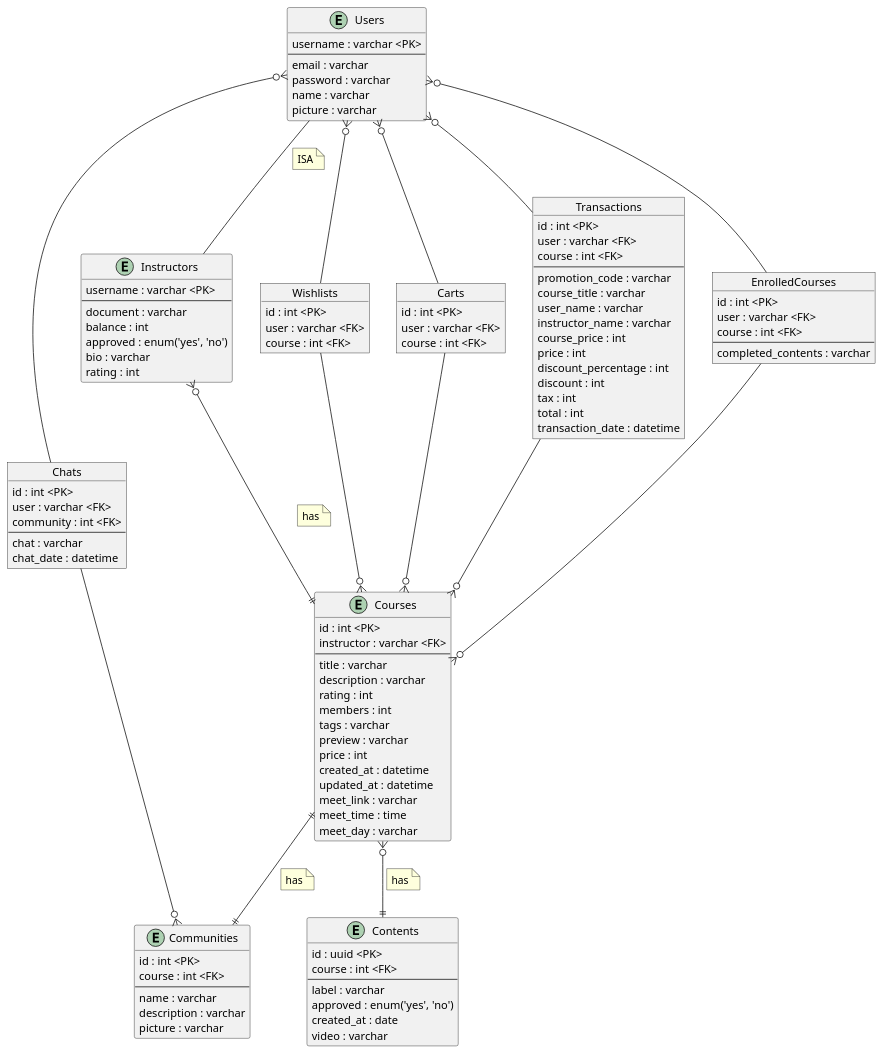
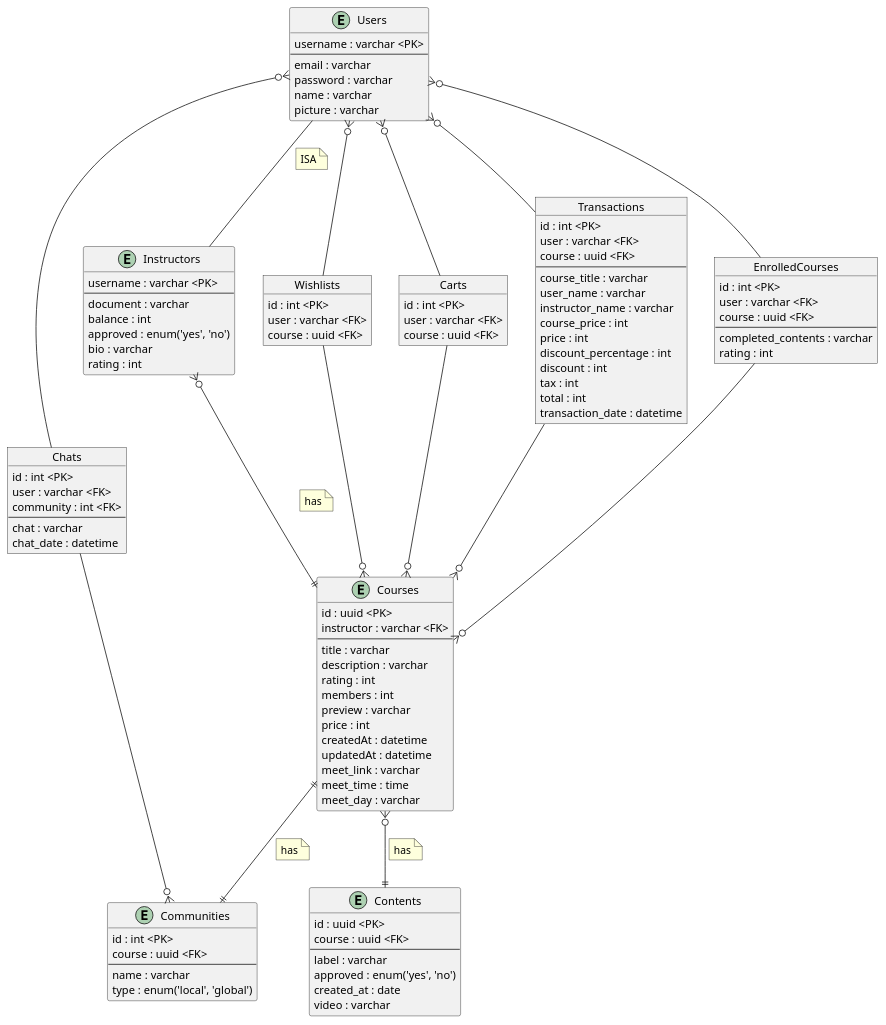
Before and after one commit to iqmalakur/LearNteach: the diagram in docs/diagrams/entity-relationship.puml, drawn with PlantUML. The commit also changed 56 other files, not shown here.

Commit message:
Rating and Learning Page Description

```diff
--- a/docs/diagrams/entity-relationship.puml
+++ b/docs/diagrams/entity-relationship.puml
@@ -1,140 +1,138 @@
 @startuml LearNteach
 entity Users {
     username : varchar <PK>
     --
     email : varchar
     password : varchar
     name : varchar
     picture : varchar
 }
 
 entity Communities {
     id : int <PK>
-    course : int <FK>
+    course : uuid <FK>
     --
     name : varchar
-    description : varchar
-    picture : varchar
+    type : enum('local', 'global')
 }
 
 object Chats {
     id : int <PK>
     user : varchar <FK>
     community : int <FK>
     --
     chat : varchar
     chat_date : datetime
 }
 
 entity Instructors {
     username : varchar <PK>
     --
     document : varchar
     balance : int
     approved : enum('yes', 'no')
     bio : varchar
     rating : int
 }
 
 entity Courses {
-    id : int <PK>
+    id : uuid <PK>
     instructor : varchar <FK>
     --
     title : varchar
     description : varchar
     rating : int
     members : int
-    tags : varchar
     preview : varchar
     price : int
-    created_at : datetime
-    updated_at : datetime
+    createdAt : datetime
+    updatedAt : datetime
     meet_link : varchar
     meet_time : time
     meet_day : varchar
 }
 
 object Wishlists {
     id : int <PK>
     user : varchar <FK>
-    course : int <FK>
+    course : uuid <FK>
 }
 
 object Carts {
     id : int <PK>
     user : varchar <FK>
-    course : int <FK>
+    course : uuid <FK>
 }
 
 object Transactions {
     id : int <PK>
     user : varchar <FK>
-    course : int <FK>
+    course : uuid <FK>
     --
-    promotion_code : varchar
     course_title : varchar
     user_name : varchar
     instructor_name : varchar
     course_price : int
     price : int
     discount_percentage : int
     discount : int
     tax : int
     total : int
     transaction_date : datetime
 }
 
 object EnrolledCourses {
     id : int <PK>
     user : varchar <FK>
-    course : int <FK>
+    course : uuid <FK>
     --
     completed_contents : varchar
+    rating : int
 }
 
 entity Contents {
     id : uuid <PK>
-    course : int <FK>
+    course : uuid <FK>
     --
     label : varchar
     approved : enum('yes', 'no')
     created_at : date
     video : varchar
 }
 
 Users }o-- Wishlists
 Wishlists --o{ Courses
 
 Users }o-- EnrolledCourses
 EnrolledCourses --o{ Courses
 
 Users }o-- Carts
 Carts --o{ Courses
 
 Users }o-- Transactions
 Transactions --o{ Courses
 
 Courses }o--|| Contents
 note on link
     has
 end note
 
 Users -- Instructors
 note on link
     ISA
 end note
 
 Instructors }o--|| Courses
 note on link
     has
 end note
 
 Courses ||--|| Communities
 note on link
     has
 end note
 
 Users }o-- Chats
 Chats --o{ Communities
 
 @enduml
```
